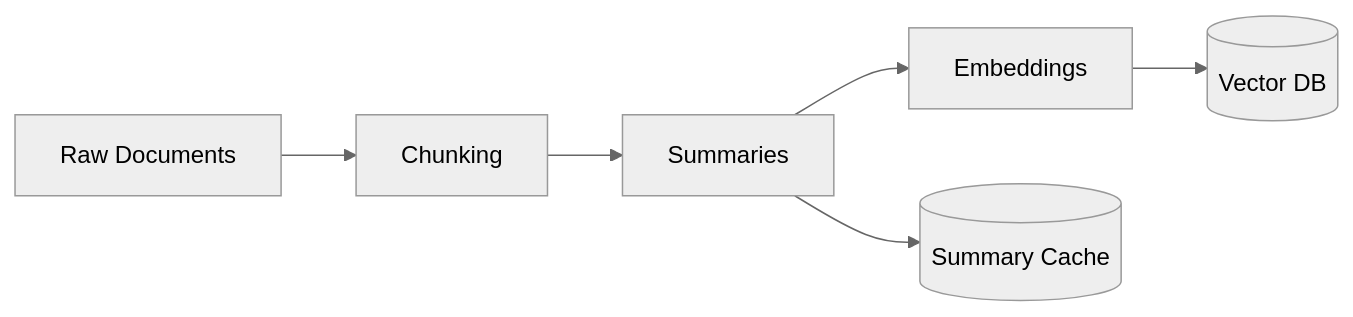
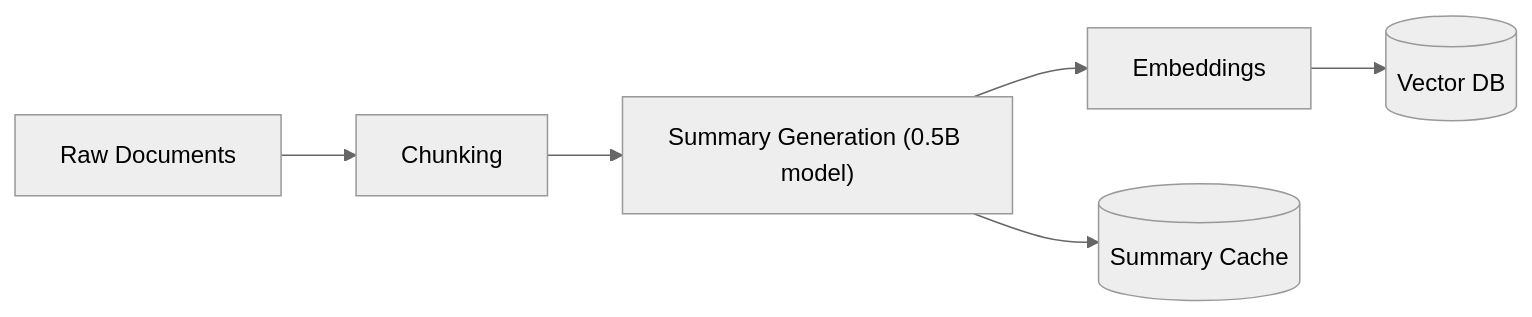
One commit to vanshksingh/Thread-RAG changed diagram 17 of 19 in README.md. Above: the diagram before and after it, drawn with Mermaid (neutral theme). The commit also changed other lines of this file, not shown here.

First line of the commit message:
Revise THREAD-RAG architecture details in README

````diff
--- a/README.md
+++ b/README.md
@@ -507,8 +365,8 @@
 ```mermaid
 flowchart LR
-Docs[Raw Documents] --> Chunking
-Chunking --> Summaries
+Docs["Raw Documents"] --> Chunking
+Chunking --> Summaries["Summary Generation (0.5B model)"]
 Summaries --> Embeddings
-Embeddings --> VectorDB[(Vector DB)]
-Summaries --> SummaryCache[(Summary Cache)]
+Embeddings --> VectorDB[("Vector DB")]
+Summaries --> SummaryCache[("Summary Cache")]
 ```
````
